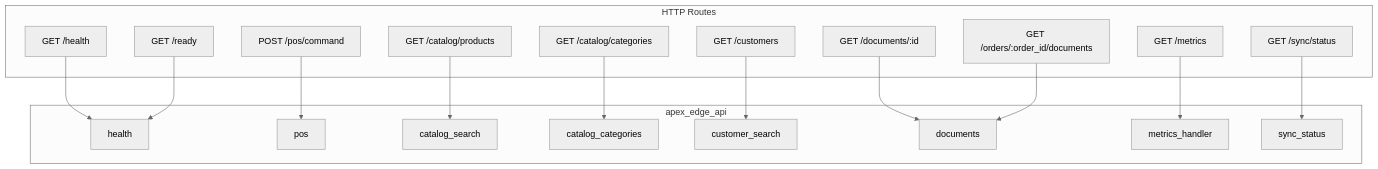
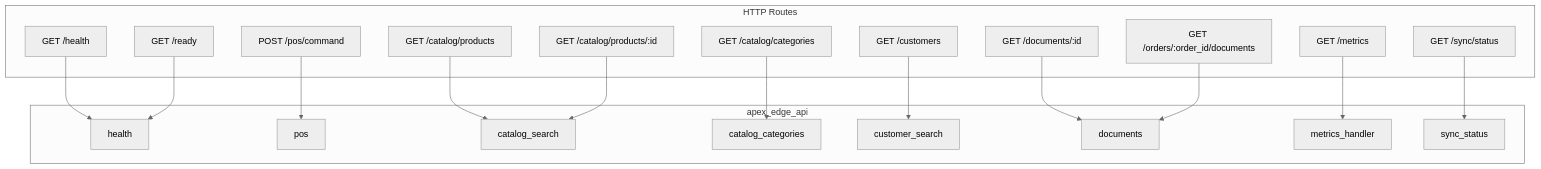
Before and after one commit to AncientiCe/apex-edge: the third of 13 diagrams in docs/architecture/README.md, drawn with Mermaid (neutral theme). The commit also changed other lines of this file and 26 other files, not shown here.

````diff
--- a/docs/architecture/README.md
+++ b/docs/architecture/README.md
@@ -91,35 +91,37 @@
 ```mermaid
 flowchart TB
     subgraph routes [HTTP Routes]
         R1["GET /health"]
         R2["GET /ready"]
         R3["POST /pos/command"]
         R4["GET /catalog/products"]
+        R4b["GET /catalog/products/:id"]
         R5["GET /catalog/categories"]
         R6["GET /customers"]
         R7["GET /documents/:id"]
         R8["GET /orders/:order_id/documents"]
         R9["GET /metrics"]
         R10["GET /sync/status"]
     end
     subgraph api [apex_edge_api]
         H[health]
         P[pos]
         C[catalog_search]
         CC[catalog_categories]
         CS[customer_search]
         D[documents]
         M[metrics_handler]
         SS[sync_status]
     end
     R1 --> H
     R2 --> H
     R3 --> P
     R4 --> C
+    R4b --> C
     R5 --> CC
     R6 --> CS
     R7 --> D
     R8 --> D
     R9 --> M
     R10 --> SS
 ```
````
